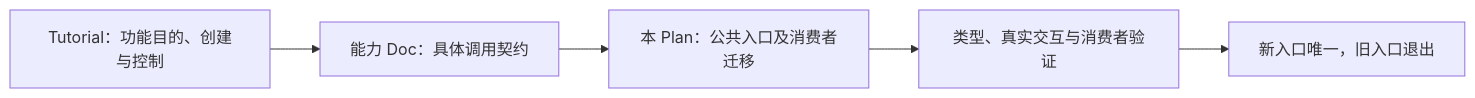
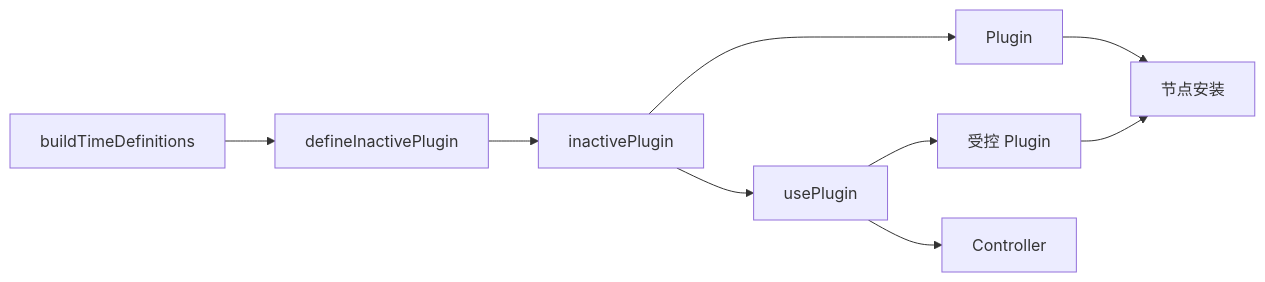
Before and after one commit to edsolater/uikit: the diagram in docs/plans/261105_Plugin能力声明与Popover连接API迁移.md, drawn with Mermaid. The commit also changed other lines of this file and 70 other files, not shown here.

````diff
--- a/docs/plans/261105_Plugin能力声明与Popover连接API迁移.md
+++ b/docs/plans/261105_Plugin能力声明与Popover连接API迁移.md
@@ -20,7 +30,11 @@
 ```mermaid
 flowchart LR
-    T[Tutorial：功能目的、创建与控制] --> D[能力 Doc：具体调用契约]
-    D --> P[本 Plan：公共入口及消费者迁移]
-    P --> V[类型、真实交互与消费者验证]
-    V --> R[新入口唯一，旧入口退出]
+  A[buildTimeDefinitions] --> B[defineInactivePlugin]
+  B --> C[inactivePlugin]
+  C --> D[Plugin]
+  C --> E[usePlugin]
+  E --> F[受控 Plugin]
+  E --> G[Controller]
+  D --> H[节点安装]
+  F --> H
 ```
````
